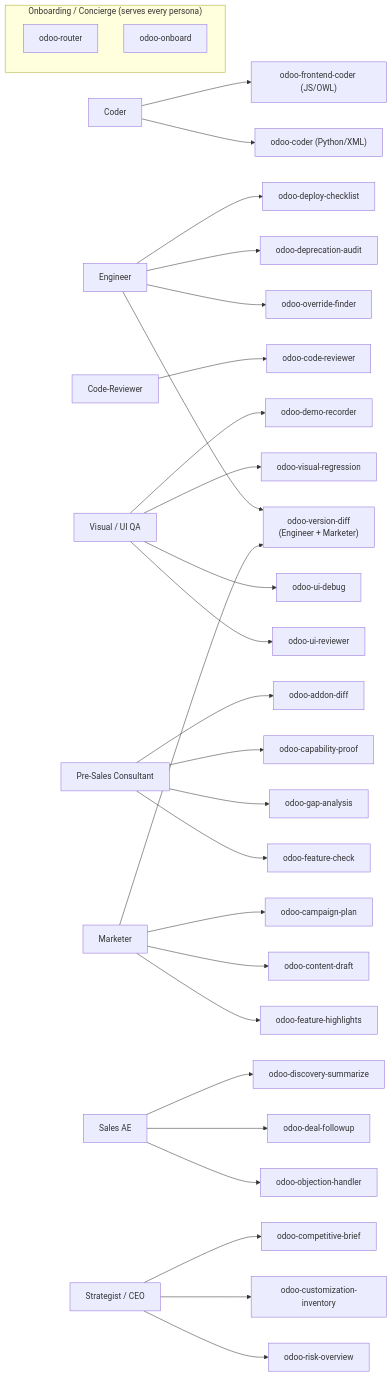
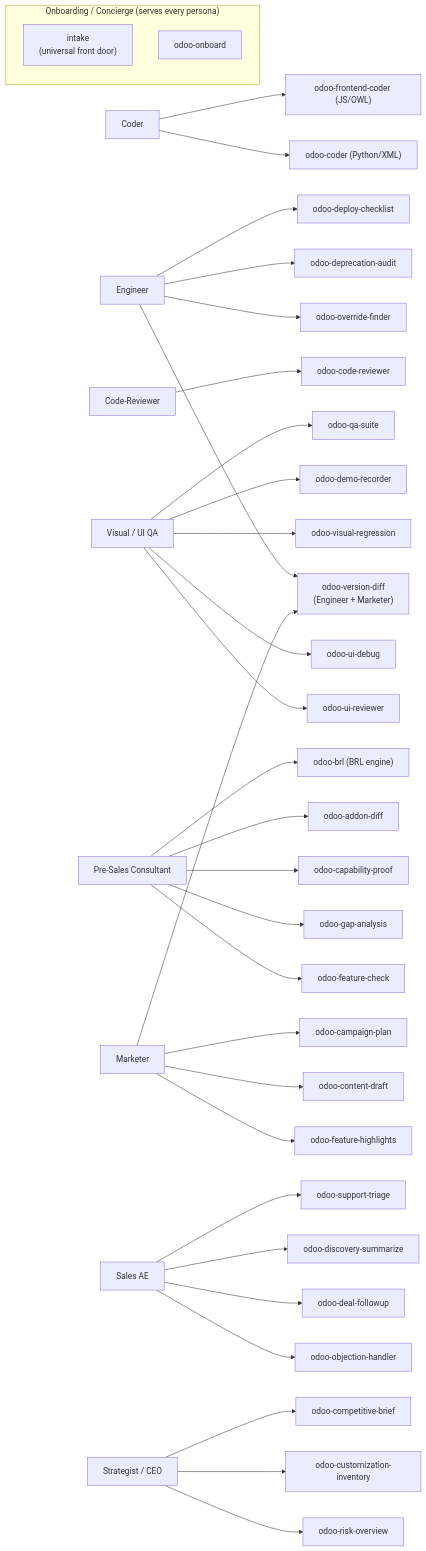
The second of 5 diagrams in README.md (Viindoo/odoo-mcp-client), drawn with Mermaid before and after one commit. The commit also changed other lines of this file and 52 other files, not shown here.

First line of the commit message:
feat(harness): workflow harness — intake front-door + BRL engine + declarative composition

````diff
--- a/README.md
+++ b/README.md
@@ -56,42 +71,45 @@
 ```mermaid
 flowchart LR
     subgraph concierge["Onboarding / Concierge (serves every persona)"]
-        router["odoo-router"]
+        intake_skill["intake<br/>(universal front door)"]
         onboard["odoo-onboard"]
     end
 
     eng["Engineer"] --> override["odoo-override-finder"]
     eng --> deprecation["odoo-deprecation-audit"]
     eng --> deploy["odoo-deploy-checklist"]
 
     coder["Coder"] --> coderpy["odoo-coder (Python/XML)"]
     coder --> coderfe["odoo-frontend-coder (JS/OWL)"]
 
     rev["Code-Reviewer"] --> reviewer["odoo-code-reviewer"]
 
     qa["Visual / UI QA"] --> uirev["odoo-ui-reviewer"]
     qa --> uidbg["odoo-ui-debug"]
     qa --> visreg["odoo-visual-regression"]
     qa --> demo["odoo-demo-recorder"]
+    qa --> qasuite["odoo-qa-suite"]
 
     presales["Pre-Sales Consultant"] --> featchk["odoo-feature-check"]
     presales --> gap["odoo-gap-analysis"]
     presales --> cap["odoo-capability-proof"]
     presales --> addon["odoo-addon-diff"]
+    presales --> brl["odoo-brl (BRL engine)"]
 
     sales["Sales AE"] --> obj["odoo-objection-handler"]
     sales --> followup["odoo-deal-followup"]
     sales --> disc["odoo-discovery-summarize"]
+    sales --> support["odoo-support-triage"]
 
     mkt["Marketer"] --> highlights["odoo-feature-highlights"]
     mkt --> content["odoo-content-draft"]
     mkt --> campaign["odoo-campaign-plan"]
 
     strat["Strategist / CEO"] --> risk["odoo-risk-overview"]
     strat --> inv["odoo-customization-inventory"]
     strat --> comp["odoo-competitive-brief"]
 
     vdiff["odoo-version-diff<br/>(Engineer + Marketer)"]
     eng --> vdiff
     mkt --> vdiff
 ```
````
